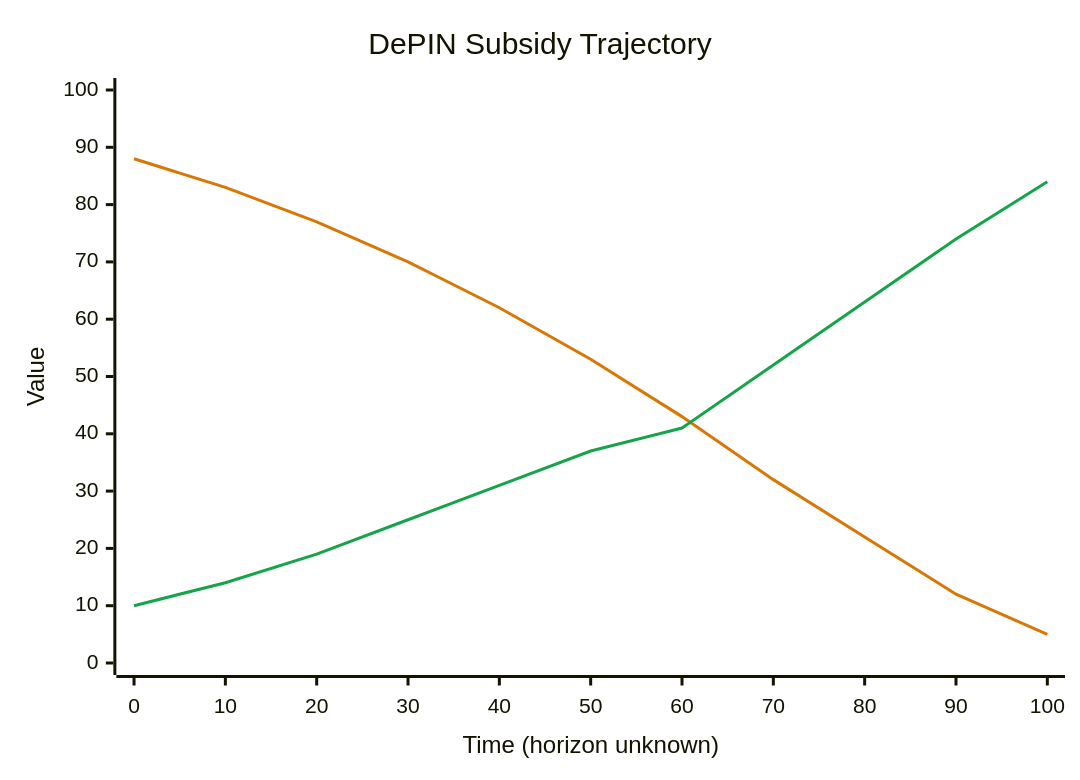
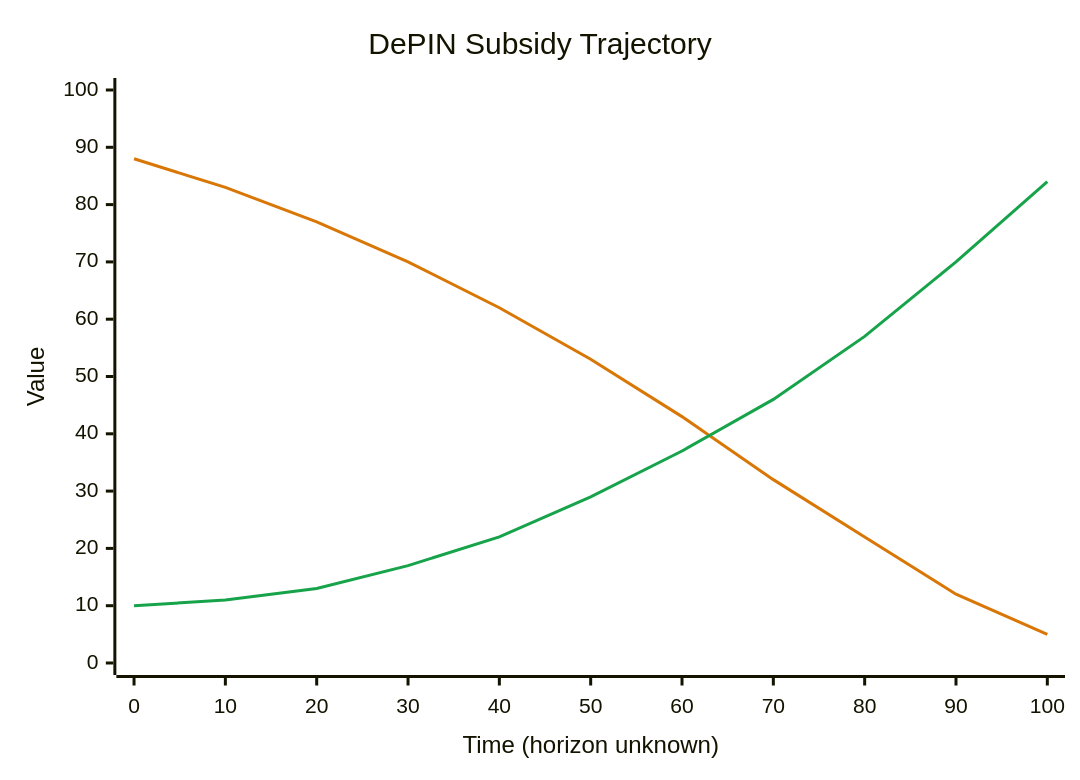
One commit to KubeTEE-AI/kubetee-subnet changed the fifth of 6 diagrams in README.md. Above: the diagram before and after it, drawn with Mermaid. The commit also changed 1 other file, not shown here.

Commit message:
docs(subnet): smooth the green consumption line in DePIN chart
Replace the consumption-revenue series with a convex quadratic
progression so the slope increases monotonically (deltas
+1,+2,+4,+5,+7,+8,+9,+11,+13,+14) — no more kinks/reversals around
the crossover. The crossover stays later (between points 6 and 7) and
the line still extends to the end of the graph (ends at 84).

````diff
--- a/README.md
+++ b/README.md
@@ -494,14 +494,14 @@
 ```mermaid
 ---
 config:
   themeVariables:
     xyChart:
       plotColorPalette: '#D97706, #16A34A'
 ---
 xychart-beta
     title "DePIN Subsidy Trajectory"
     x-axis "Time (horizon unknown)" 0 --> 100
     y-axis "Value" 0 --> 100
     line "Emission subsidy" [88, 83, 77, 70, 62, 53, 43, 32, 22, 12, 5]
-    line "Consumption revenue" [10, 14, 19, 25, 31, 37, 41, 52, 63, 74, 84]
+    line "Consumption revenue" [10, 11, 13, 17, 22, 29, 37, 46, 57, 70, 84]
 ```
````
